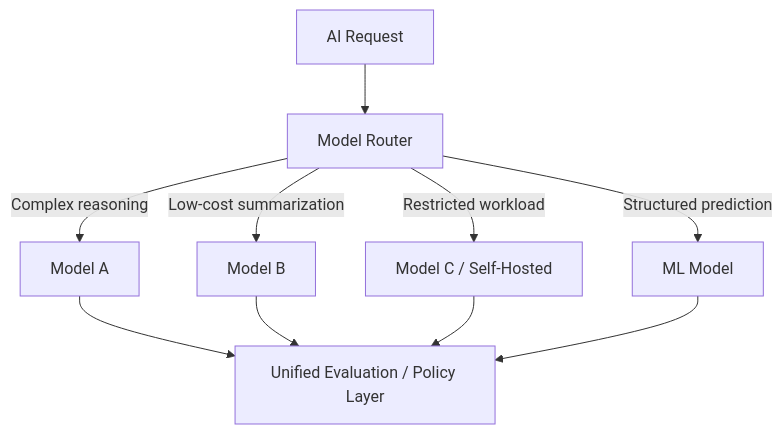
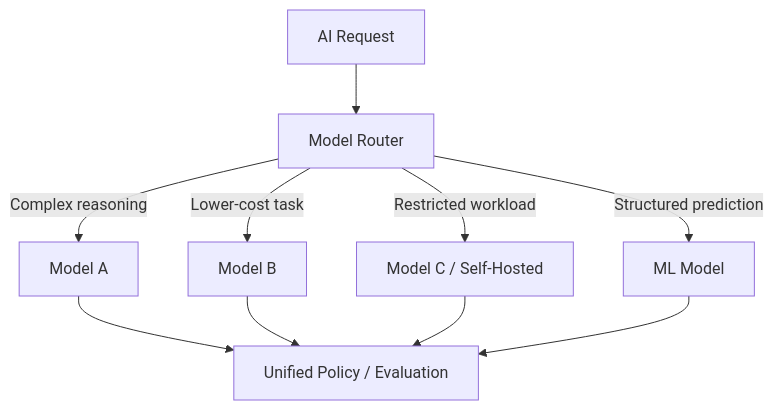
One commit to huda-salam/ai-architecture-advisor-book changed the seventh of 12 diagrams in docs/chapters/09-enterprise-llm-architecture.md. Above: the diagram before and after it, drawn with Mermaid. The commit also changed other lines of this file, not shown here.

Commit message:
Harden Chapter 9 enterprise LLM architecture foundation

````diff
--- a/docs/chapters/09-enterprise-llm-architecture.md
+++ b/docs/chapters/09-enterprise-llm-architecture.md
@@ -270,12 +300,12 @@
 ```mermaid
 flowchart TD
     A[AI Request] --> B[Model Router]
     B -->|Complex reasoning| C[Model A]
-    B -->|Low-cost summarization| D[Model B]
+    B -->|Lower-cost task| D[Model B]
     B -->|Restricted workload| E[Model C / Self-Hosted]
     B -->|Structured prediction| F[ML Model]
-    C --> G[Unified Evaluation / Policy Layer]
+    C --> G[Unified Policy / Evaluation]
     D --> G
     E --> G
     F --> G
 ```
````
